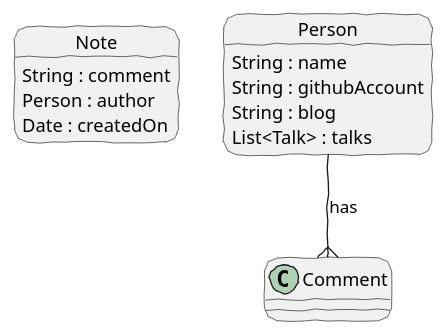
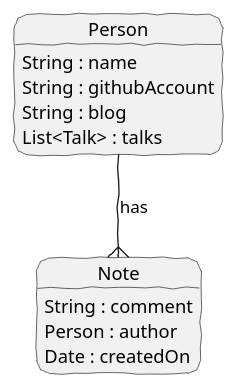
One commit to npalm/blog-graphql-spring-service changed the diagram in doc/model.plantuml. Above: the diagram before and after it, drawn with PlantUML.

```diff
--- a/doc/model.plantuml
+++ b/doc/model.plantuml
@@ -1,27 +1,27 @@
 @startuml
 hide footbox
 skinparam roundcorner 20
 skinparam handwritten true
 skinparam backgroundcolor transparent
 
 skinparam note {
   FontName Impact
 }
 
 
 object Note {
     String : comment
     Person : author
     Date : createdOn
 }
 
 object Person {
     String : name
     String : githubAccount
     String : blog
     List<Talk> : talks
 }
 
 
-Person --{ Comment : has
+Person --{ Note : has
 @enduml
```
